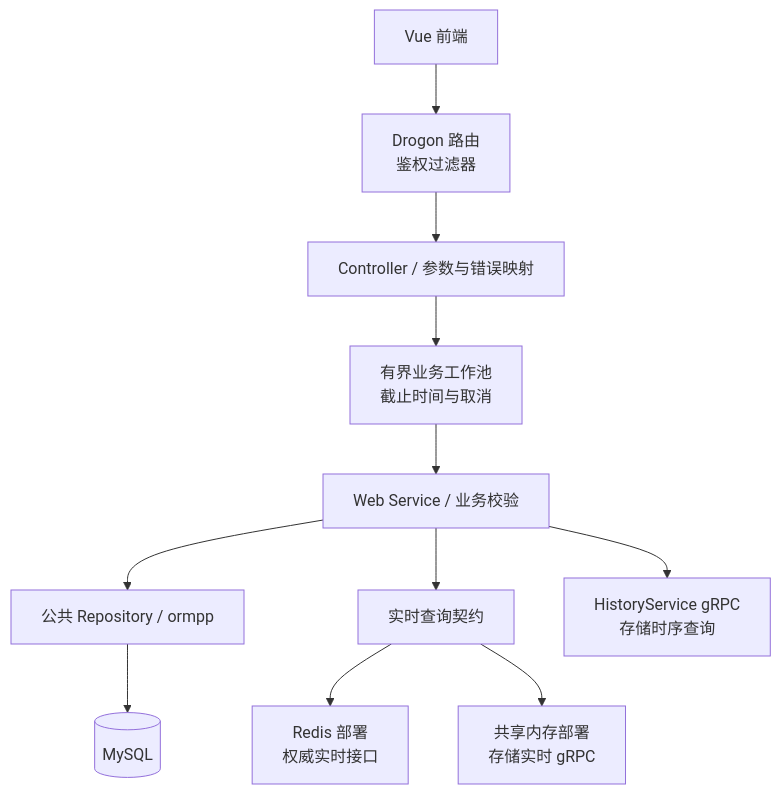
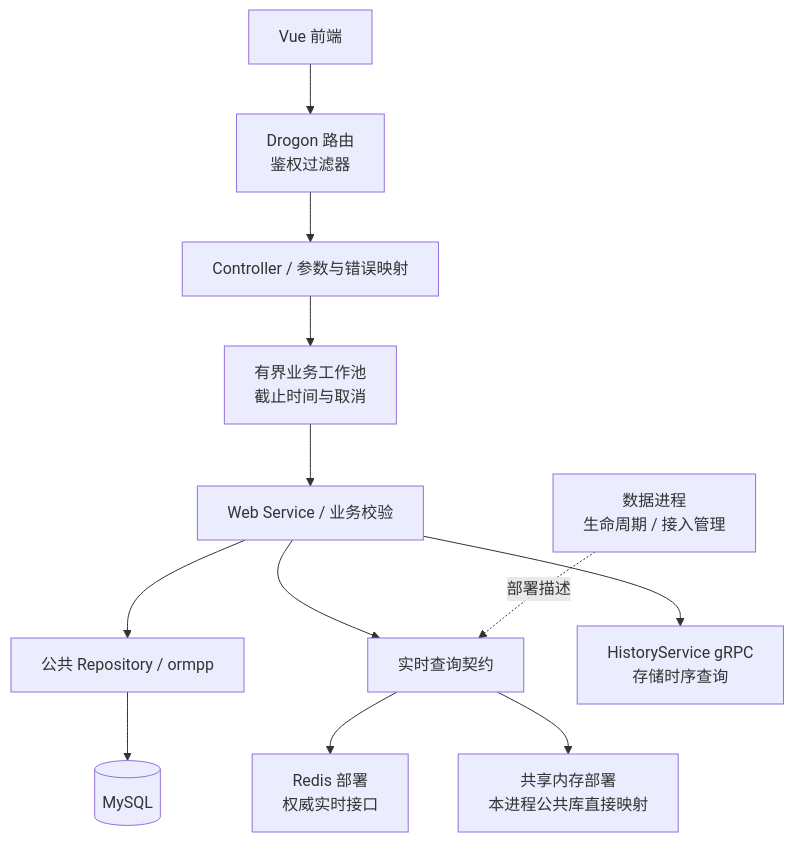
Before and after one commit to 600888/ems: the first of 3 diagrams in website/docs/processes/web/index.md, drawn with Mermaid. The commit also changed other lines of this file and 18 other files, not shown here.

````diff
--- a/website/docs/processes/web/index.md
+++ b/website/docs/processes/web/index.md
@@ -9,13 +9,14 @@
 ```mermaid
 flowchart TB
     UI[Vue 前端] --> HTTP["Drogon 路由<br/>鉴权过滤器"]
     HTTP --> Controller[Controller / 参数与错误映射]
     Controller --> Pool["有界业务工作池<br/>截止时间与取消"]
     Pool --> Service[Web Service / 业务校验]
     Service --> Repo[公共 Repository / ormpp]
     Repo --> DB[(MySQL)]
     Service --> RT[实时查询契约]
     RT --> Redis["Redis 部署<br/>权威实时接口"]
-    RT --> Shared["共享内存部署<br/>存储实时 gRPC"]
+    RT --> Shared["共享内存部署<br/>本进程公共库直接映射"]
+    Data["数据进程<br/>生命周期 / 接入管理"] -.部署描述.-> RT
     Service --> History["HistoryService gRPC<br/>存储时序查询"]
 ```
````
